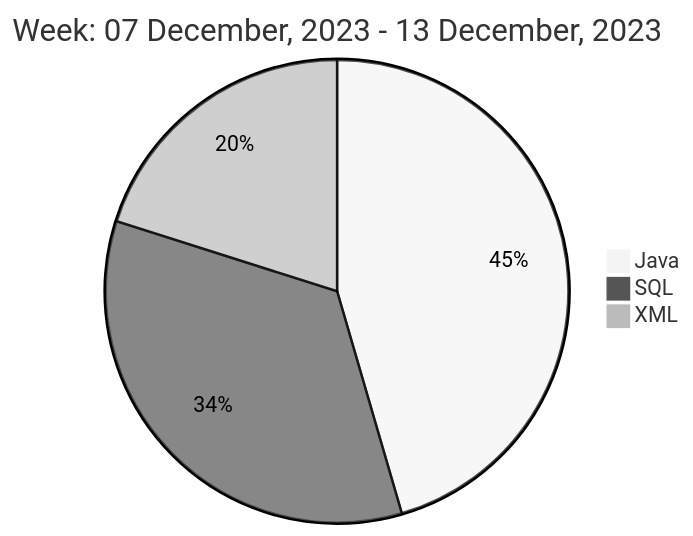
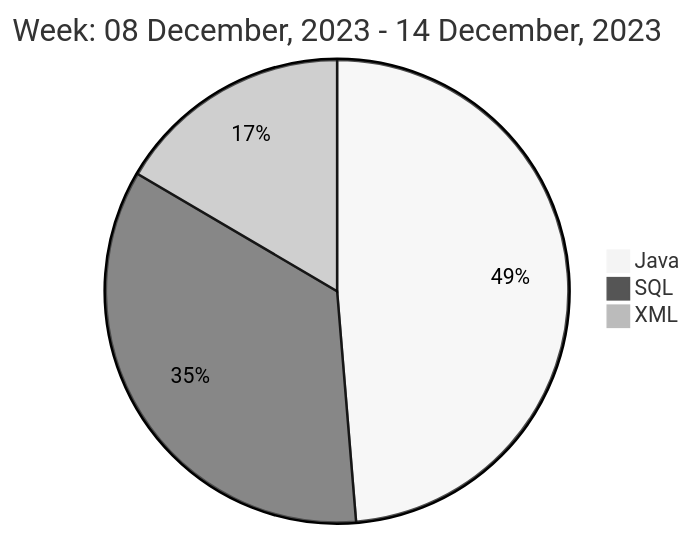
One commit to liubin95/liubin95 changed the diagram in README.md. Above: the diagram before and after it, drawn with Mermaid (neutral theme).

Commit message:
Updated the Graph with new Metrics

````diff
--- a/README.md
+++ b/README.md
@@ -37,7 +37,7 @@
 ```mermaid
  pie
-title Week: 07 December, 2023 - 13 December, 2023
- "Java" : 5.95
- "SQL" : 4.5
- "XML" : 2.63
+title Week: 08 December, 2023 - 14 December, 2023
+ "Java" : 6.33
+ "SQL" : 4.52
+ "XML" : 2.15
 ```
````
